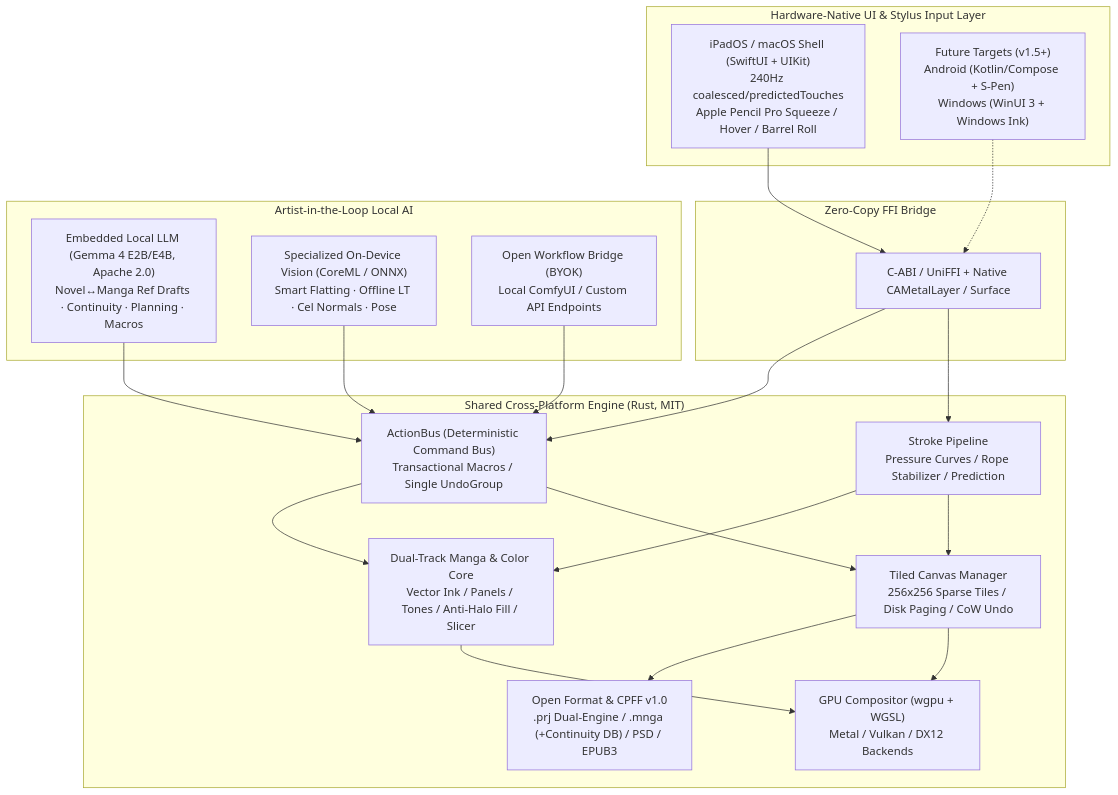
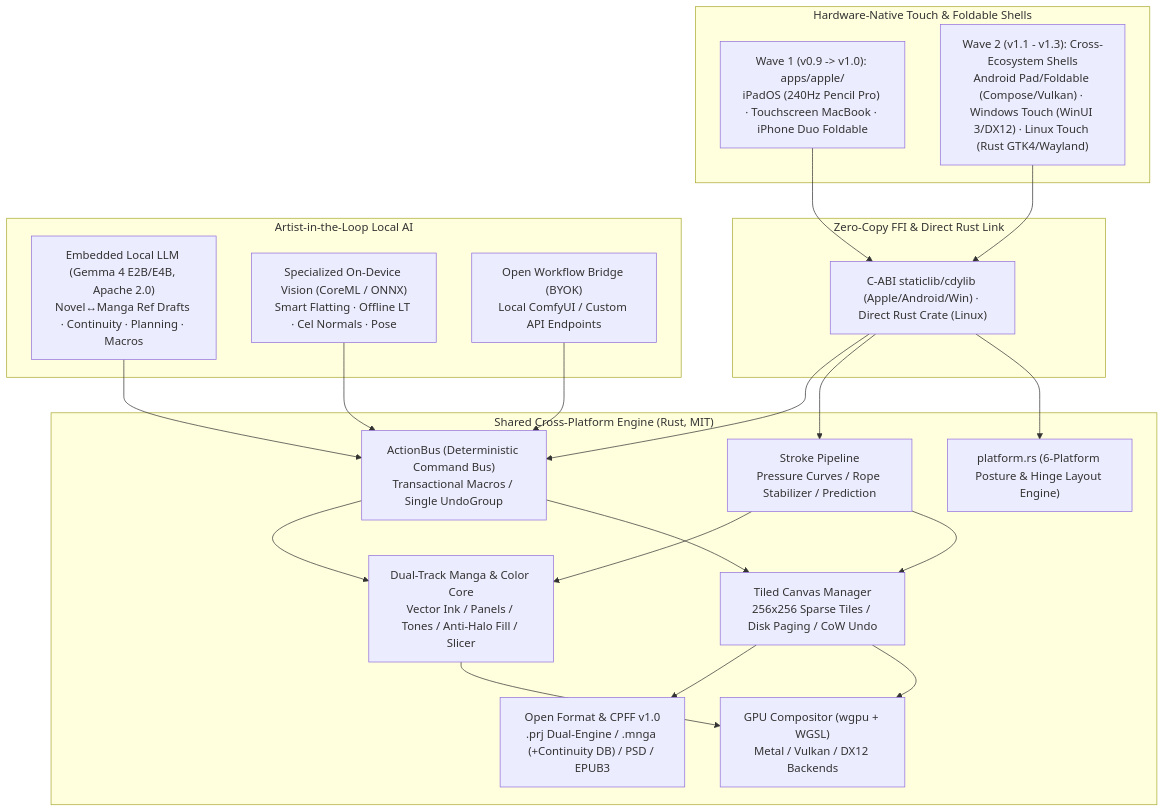
The diagram in README.md (70sDushuren/About-Paint-Tools), drawn with Mermaid before and after one commit. The commit also changed other lines of this file and 44 other files, not shown here.

Commit message:
feat: expand multi-platform touch & foldable roadmap and scaffold Apple/Android/Windows/Linux shells

````diff
--- a/README.md
+++ b/README.md
@@ -33,41 +33,43 @@
 ```mermaid
 flowchart TD
-    subgraph UI["Hardware-Native UI & Stylus Input Layer"]
-        iPad["iPadOS / macOS Shell (SwiftUI + UIKit)<br/>240Hz coalesced/predictedTouches<br/>Apple Pencil Pro Squeeze / Hover / Barrel Roll"]
-        Future["Future Targets (v1.5+)<br/>Android (Kotlin/Compose + S-Pen)<br/>Windows (WinUI 3 + Windows Ink)"]
+    subgraph UI["Hardware-Native Touch & Foldable Shells"]
+        Apple["Wave 1 (v0.9 -> v1.0): apps/apple/<br/>iPadOS (240Hz Pencil Pro) · Touchscreen MacBook · iPhone Duo Foldable"]
+        Wave2["Wave 2 (v1.1 - v1.3): Cross-Ecosystem Shells<br/>Android Pad/Foldable (Compose/Vulkan) · Windows Touch (WinUI 3/DX12) · Linux Touch (Rust GTK4/Wayland)"]
     end
 
-    subgraph Bridge["Zero-Copy FFI Bridge"]
-        FFI["C-ABI / UniFFI + Native CAMetalLayer / Surface"]
+    subgraph Bridge["Zero-Copy FFI & Direct Rust Link"]
+        FFI["C-ABI staticlib/cdylib (Apple/Android/Win) · Direct Rust Crate (Linux)"]
     end
 
     subgraph Core["Shared Cross-Platform Engine (Rust, MIT)"]
+        Platform["platform.rs (6-Platform Posture & Hinge Layout Engine)"]
         Bus["ActionBus (Deterministic Command Bus)<br/>Transactional Macros / Single UndoGroup"]
         Input["Stroke Pipeline<br/>Pressure Curves / Rope Stabilizer / Prediction"]
         Canvas["Tiled Canvas Manager<br/>256x256 Sparse Tiles / Disk Paging / CoW Undo"]
         Vector["Dual-Track Manga & Color Core<br/>Vector Ink / Panels / Tones / Anti-Halo Fill / Slicer"]
         Render["GPU Compositor (wgpu + WGSL)<br/>Metal / Vulkan / DX12 Backends"]
         IO["Open Format & CPFF v1.0<br/>.prj Dual-Engine / .mnga (+Continuity DB) / PSD / EPUB3"]
     end
 
     subgraph AI["Artist-in-the-Loop Local AI"]
         Gemma["Embedded Local LLM (Gemma 4 E2B/E4B, Apache 2.0)<br/>Novel↔Manga Ref Drafts · Continuity · Planning · Macros"]
         Vision["Specialized On-Device Vision (CoreML / ONNX)<br/>Smart Flatting · Offline LT · Cel Normals · Pose"]
         BridgeAI["Open Workflow Bridge (BYOK)<br/>Local ComfyUI / Custom API Endpoints"]
     end
 
-    iPad --> FFI
-    Future -.-> FFI
+    Apple --> FFI
+    Wave2 --> FFI
+    FFI --> Platform
     FFI --> Input
     FFI --> Bus
     Gemma --> Bus
     Vision --> Bus
     BridgeAI --> Bus
     Bus --> Canvas
     Bus --> Vector
     Input --> Canvas
     Input --> Vector
     Canvas --> Render
     Vector --> Render
     Canvas --> IO
 ```
````
